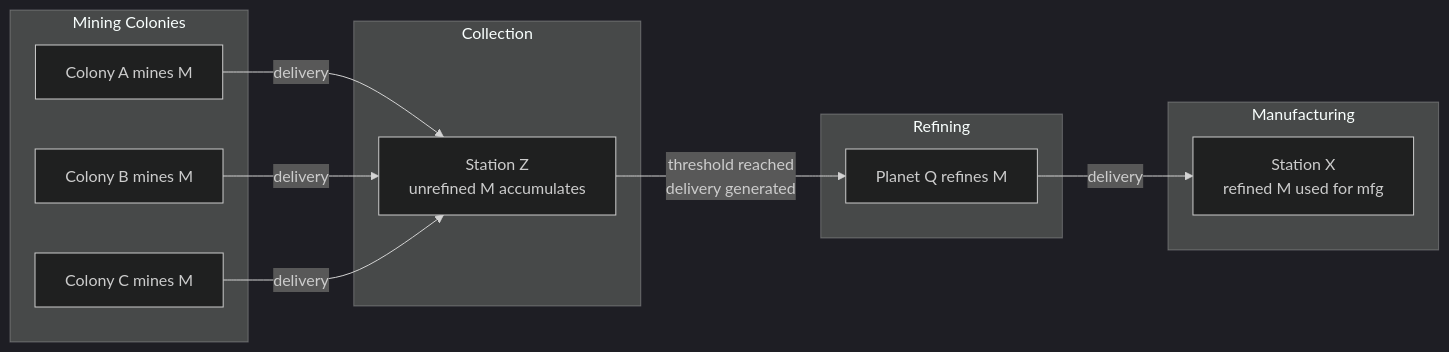
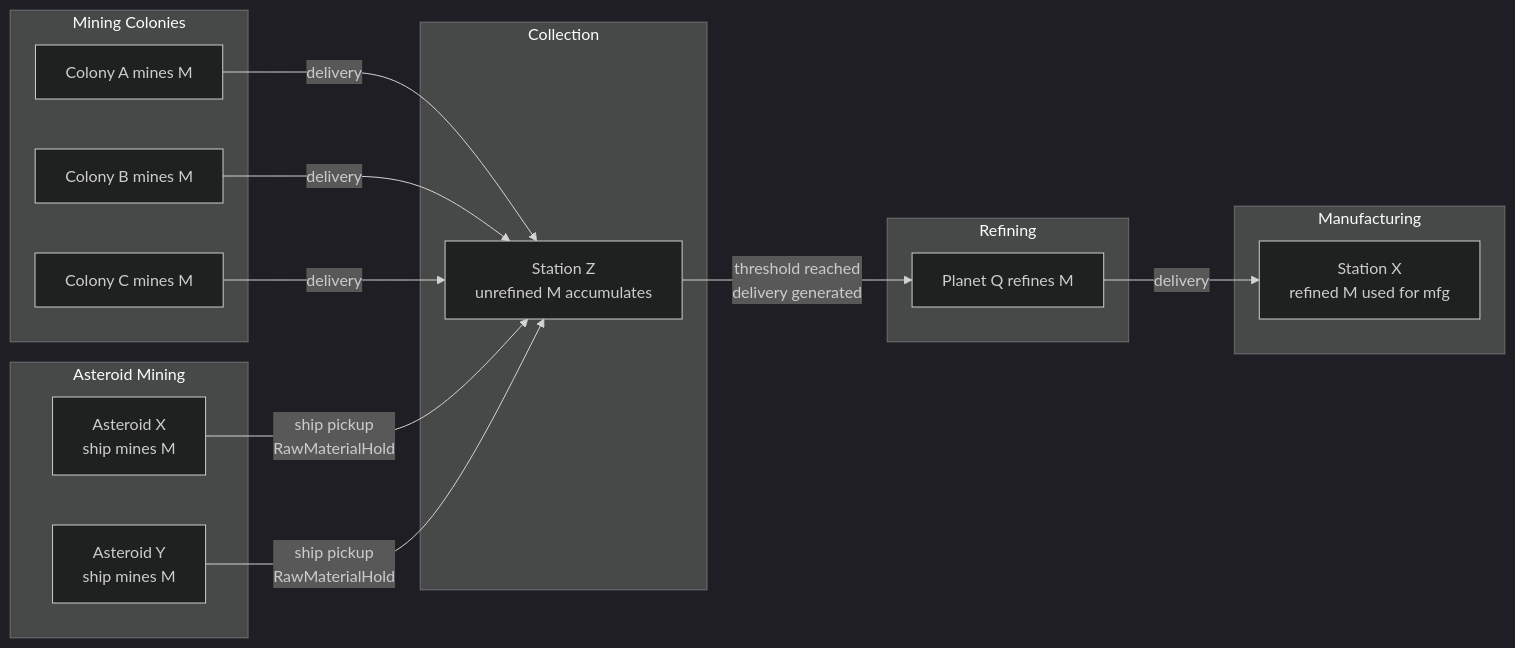
Before and after one commit to scalorn/OuterEmpires2EmpireTracker: the sixth of 9 diagrams in .kiro/specs/empire-systems/design.md, drawn with Mermaid (dark theme). The commit also changed other lines of this file and 2 other files, not shown here.

First line of the commit message:
Spec: add Asteroid model to empire-systems design

````diff
--- a/.kiro/specs/empire-systems/design.md
+++ b/.kiro/specs/empire-systems/design.md
@@ -188,26 +188,33 @@
 ```mermaid
 flowchart LR
     subgraph Mining Colonies
         A1[Colony A mines M]
         A2[Colony B mines M]
         A3[Colony C mines M]
+    end
+
+    subgraph Asteroid Mining
+        AM1[Asteroid X<br/>ship mines M]
+        AM2[Asteroid Y<br/>ship mines M]
     end
 
     subgraph Collection
         B1[Station Z<br/>unrefined M accumulates]
     end
 
     subgraph Refining
         C1[Planet Q refines M]
     end
 
     subgraph Manufacturing
         D1[Station X<br/>refined M used for mfg]
     end
 
     A1 -->|delivery| B1
     A2 -->|delivery| B1
     A3 -->|delivery| B1
+    AM1 -->|ship pickup<br/>RawMaterialHold| B1
+    AM2 -->|ship pickup<br/>RawMaterialHold| B1
     B1 -->|threshold reached<br/>delivery generated| C1
     C1 -->|delivery| D1
 ```
````
